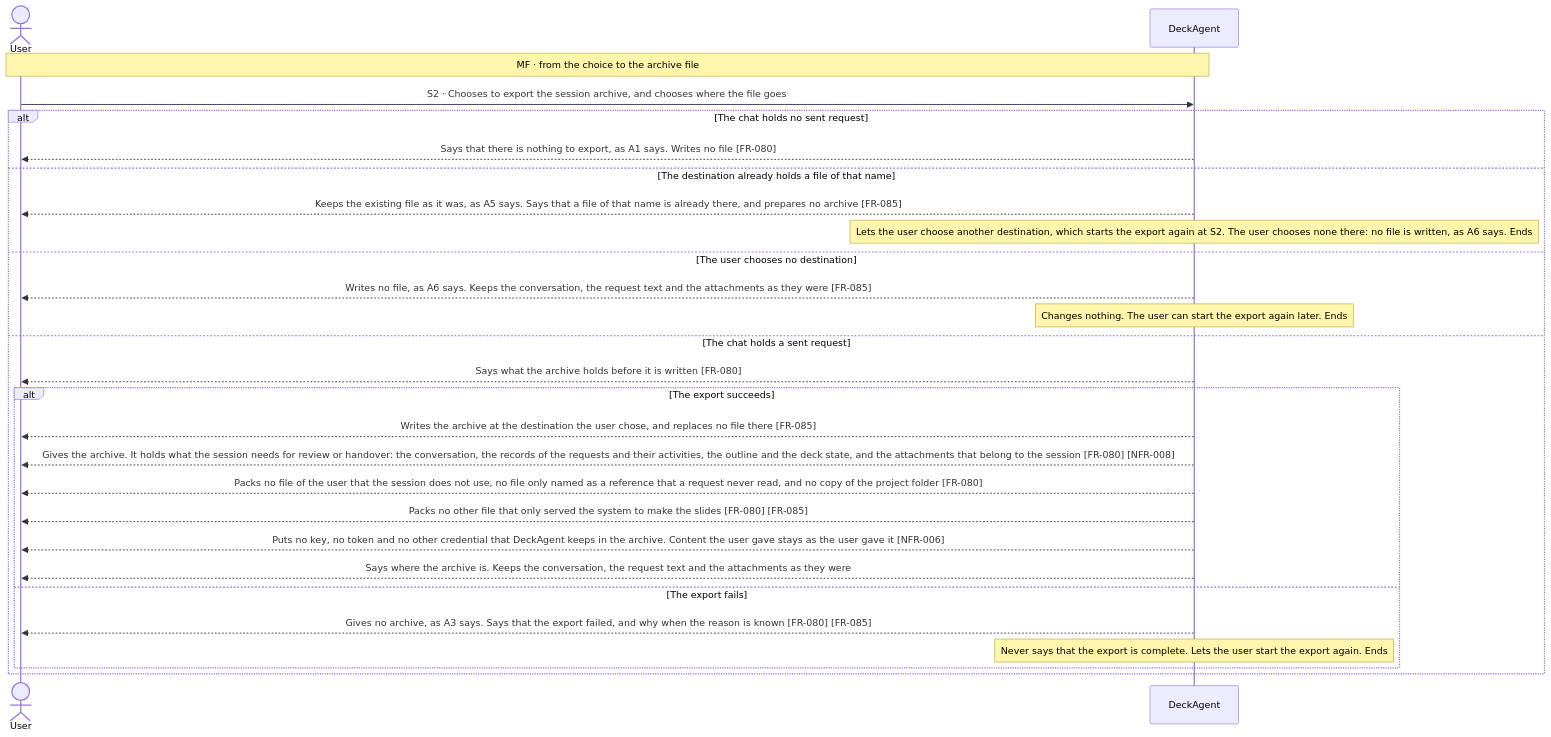
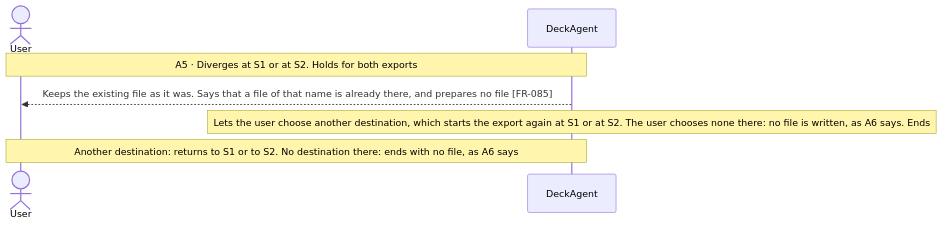
One commit to Luke23127006/DeckAgent changed the fourth of 5 diagrams in docs/spec/03-use-cases/UC-016.md. Above: the diagram before and after it, drawn with Mermaid. The commit also changed other lines of this file and 25 other files, not shown here.

Commit message:
docs(spec): restructure use cases with main flow first

````diff
--- a/docs/spec/03-use-cases/UC-016.md
+++ b/docs/spec/03-use-cases/UC-016.md
@@ -72,29 +90,9 @@
 ```mermaid
 sequenceDiagram
     actor User
     participant DeckAgent
-    Note over User,DeckAgent: MF · from the choice to the archive file
-    User->>DeckAgent: S2 · Chooses to export the session archive, and chooses where the file goes
-    alt The chat holds no sent request
-        DeckAgent-->>User: Says that there is nothing to export, as A1 says. Writes no file [FR-080]
-    else The destination already holds a file of that name
-        DeckAgent-->>User: Keeps the existing file as it was, as A5 says. Says that a file of that name is already there, and prepares no archive [FR-085]
-        note over DeckAgent: Lets the user choose another destination, which starts the export again at S2. The user chooses none there: no file is written, as A6 says. Ends
-    else The user chooses no destination
-        DeckAgent-->>User: Writes no file, as A6 says. Keeps the conversation, the request text and the attachments as they were [FR-085]
-        note over DeckAgent: Changes nothing. The user can start the export again later. Ends
-    else The chat holds a sent request
-        DeckAgent-->>User: Says what the archive holds before it is written [FR-080]
-        alt The export succeeds
-            DeckAgent-->>User: Writes the archive at the destination the user chose, and replaces no file there [FR-085]
-            DeckAgent-->>User: Gives the archive. It holds what the session needs for review or handover: the conversation, the records of the requests and their activities, the outline and the deck state, and the attachments that belong to the session [FR-080] [NFR-008]
-            DeckAgent-->>User: Packs no file of the user that the session does not use, no file only named as a reference that a request never read, and no copy of the project folder [FR-080]
-            DeckAgent-->>User: Packs no other file that only served the system to make the slides [FR-080] [FR-085]
-            DeckAgent-->>User: Puts no key, no token and no other credential that DeckAgent keeps in the archive. Content the user gave stays as the user gave it [NFR-006]
-            DeckAgent-->>User: Says where the archive is. Keeps the conversation, the request text and the attachments as they were
-        else The export fails
-            DeckAgent-->>User: Gives no archive, as A3 says. Says that the export failed, and why when the reason is known [FR-080] [FR-085]
-            note over DeckAgent: Never says that the export is complete. Lets the user start the export again. Ends
-        end
-    end
+    Note over User,DeckAgent: A5 · Diverges at S1 or at S2. Holds for both exports
+    DeckAgent-->>User: Keeps the existing file as it was. Says that a file of that name is already there, and prepares no file [FR-085]
+    note over DeckAgent: Lets the user choose another destination, which starts the export again at S1 or at S2. The user chooses none there: no file is written, as A6 says. Ends
+    Note over User,DeckAgent: Another destination: returns to S1 or to S2. No destination there: ends with no file, as A6 says
 ```
````
